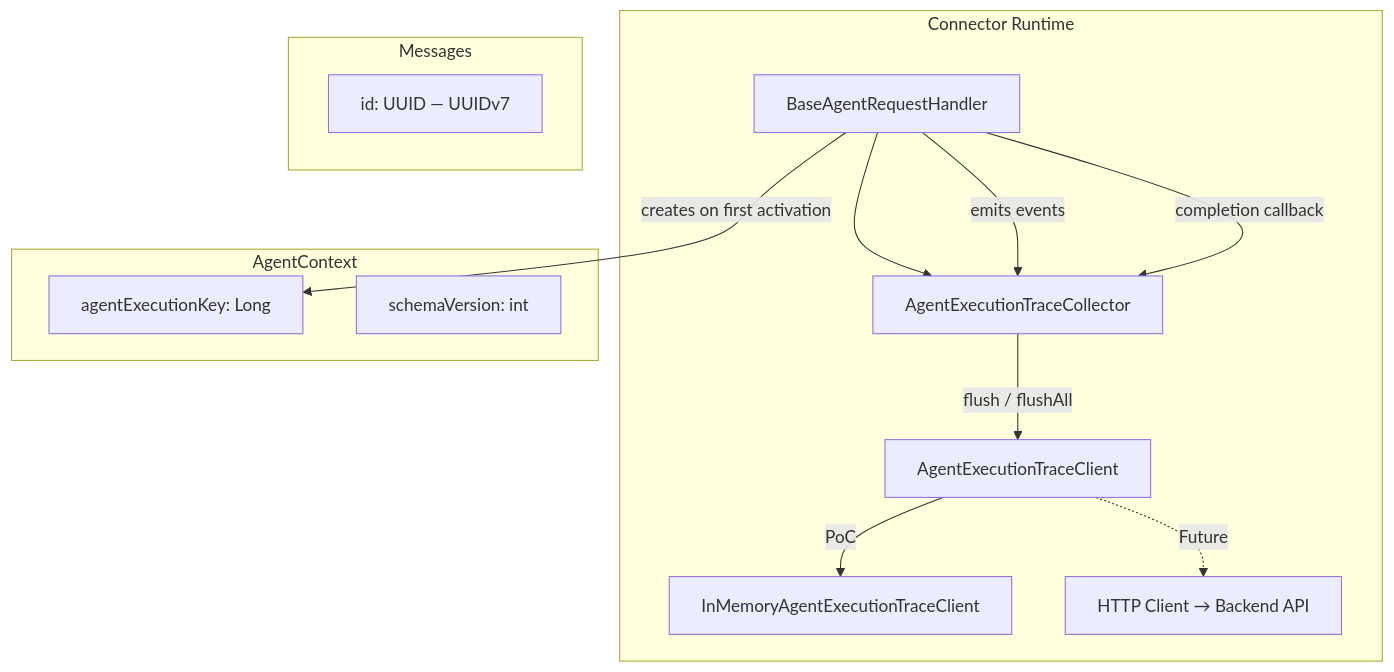
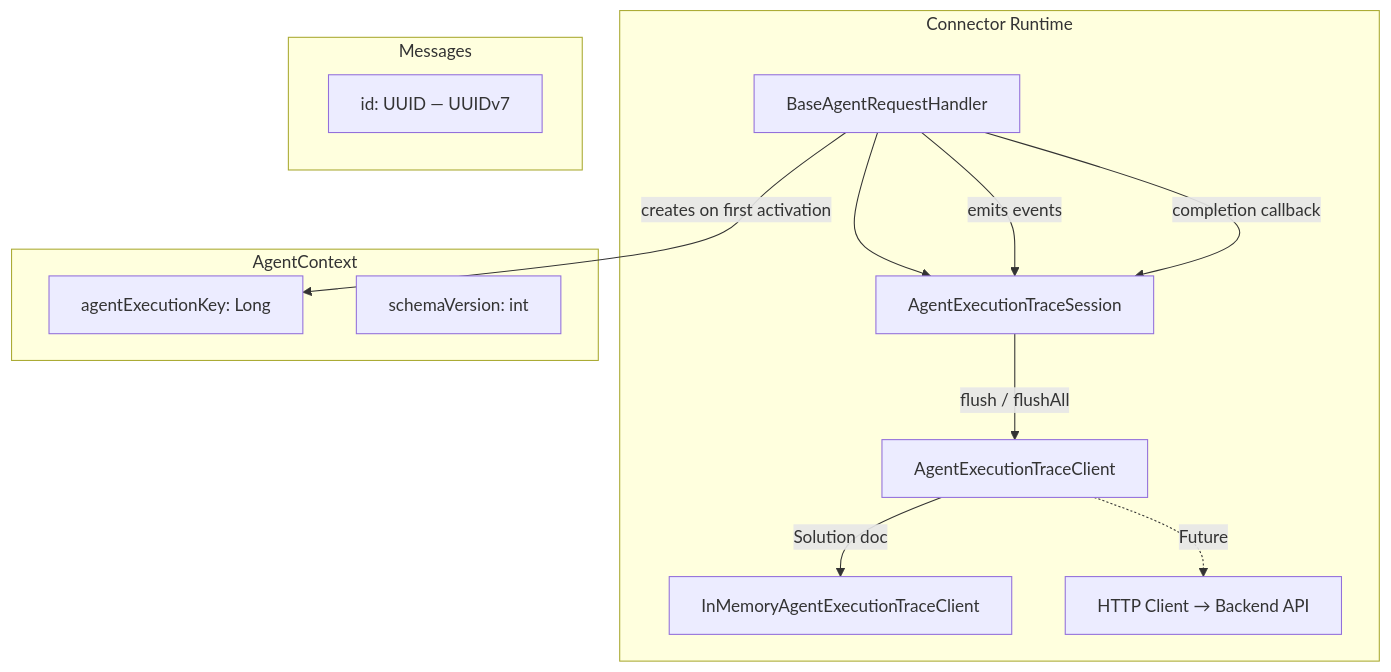
The third of 7 diagrams in connectors/agentic-ai/docs/tracing/design.md (camunda/connectors), drawn with Mermaid before and after one commit. The commit also changed other lines of this file and 1 other file, not shown here.

````diff
--- a/connectors/agentic-ai/docs/tracing/design.md
+++ b/connectors/agentic-ai/docs/tracing/design.md
@@ -194,22 +203,22 @@
 ```mermaid
 flowchart TD
     subgraph Connector Runtime
-        H[BaseAgentRequestHandler] --> C[AgentExecutionTraceCollector]
-        C --> |flush / flushAll| CL[AgentExecutionTraceClient]
-        CL --> |PoC| MEM[InMemoryAgentExecutionTraceClient]
+        H[BaseAgentRequestHandler] --> S[AgentExecutionTraceSession]
+        S --> |flush / flushAll| CL[AgentExecutionTraceClient]
+        CL --> |Solution doc| MEM[InMemoryAgentExecutionTraceClient]
         CL -.-> |Future| HTTP[HTTP Client → Backend API]
     end
 
     subgraph AgentContext
         AK[agentExecutionKey: Long]
         SV[schemaVersion: int]
     end
 
     subgraph Messages
         MID[id: UUID — UUIDv7]
     end
 
     H --> |creates on first activation| AK
-    H --> |emits events| C
-    H --> |completion callback| C
+    H --> |emits events| S
+    H --> |completion callback| S
 ```
````
